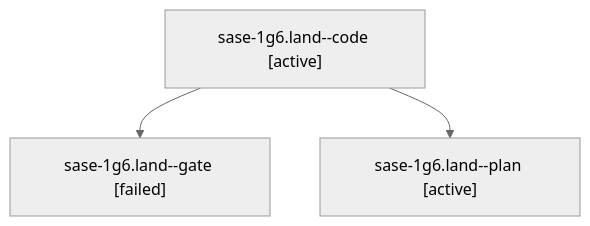
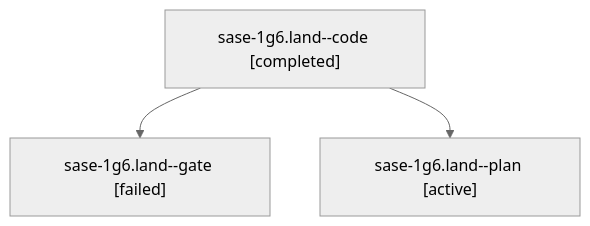
One commit to sase-org/sase--agents changed the diagram in sessions/bbugyi200.apollo.sase-1g6.land.md. Above: the diagram before and after it, drawn with Mermaid (neutral theme). The commit also changed other lines of this file and 14 other files, not shown here.

````diff
--- a/sessions/bbugyi200.apollo.sase-1g6.land.md
+++ b/sessions/bbugyi200.apollo.sase-1g6.land.md
@@ -9,8 +9,8 @@
 ```mermaid
 flowchart TD
-  n0["sase-1g6.land--code [active]"]
+  n0["sase-1g6.land--code [completed]"]
   n1["sase-1g6.land--gate [failed]"]
   n0 --> n1
   n2["sase-1g6.land--plan [active]"]
   n0 --> n2
 ```
````
